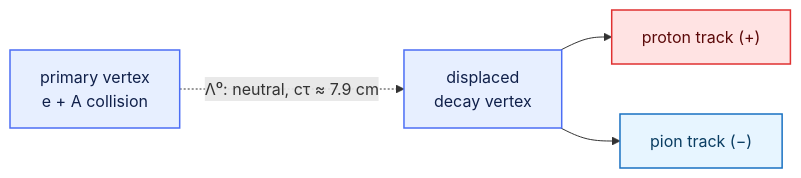
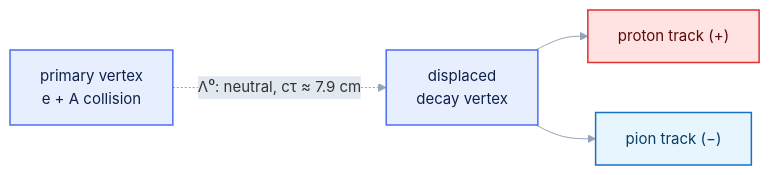
One commit to eic/tutorial-mcp changed the diagram in learners/about-the-physics.md. Above: the diagram before and after it, drawn with Mermaid. The commit also changed other lines of this file and 8 other files, not shown here.

First line of the commit message:
Tighten lesson, dark-theme mermaid, highlight AI prompts; generalize eic-mcp

````diff
--- a/learners/about-the-physics.md
+++ b/learners/about-the-physics.md
@@ -33,9 +31,10 @@
 ```mermaid
+%%{init: {'theme':'base', 'themeVariables': {'fontSize':'15px','lineColor':'#94a3b8','edgeLabelBackground':'#e2e8f0','clusterBkg':'#1f293720','clusterBorder':'#94a3b8','titleColor':'#94a3b8'}}}%%
 flowchart LR
     PV["primary vertex<br/>e + A collision"]:::vtx -. "Λ⁰: neutral, cτ ≈ 7.9 cm" .-> DV["displaced<br/>decay vertex"]:::vtx
     DV --> P["proton track (+)"]:::pos
     DV --> PI["pion track (−)"]:::neg
     classDef vtx fill:#e7efff,stroke:#4c6ef5,stroke-width:1.5px,color:#10204a;
     classDef pos fill:#ffe3e3,stroke:#e03131,stroke-width:1.5px,color:#5c0a0a;
     classDef neg fill:#e7f5ff,stroke:#1971c2,stroke-width:1.5px,color:#0a3d62;
 ```
````
